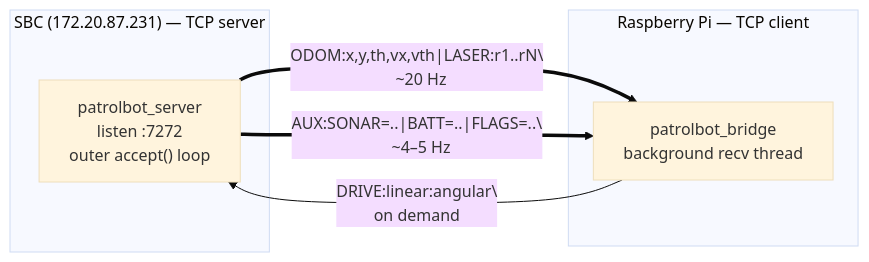
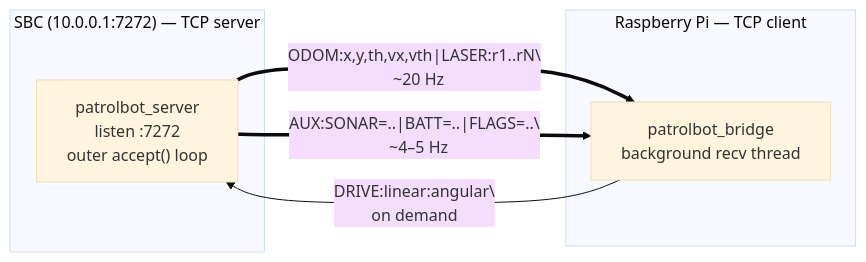
The first of 2 diagrams in docs/architecture/communication-architecture.md (cmu-impactlab/patrolbot), drawn with Mermaid (base theme) before and after one commit. The commit also changed other lines of this file and 103 other files, not shown here.

````diff
--- a/docs/architecture/communication-architecture.md
+++ b/docs/architecture/communication-architecture.md
@@ -15,13 +15,13 @@
 ```mermaid
 flowchart LR
-    subgraph SBC["SBC (172.20.87.231) — TCP server"]
+    subgraph SBC["SBC (10.0.0.1:7272) — TCP server"]
         SRV["patrolbot_server\nlisten :7272\nouter accept() loop"]
     end
     subgraph PI["Raspberry Pi — TCP client"]
         BR["patrolbot_bridge\nbackground recv thread"]
     end
 
     SRV ==>|"ODOM:x,y,th,vx,vth|LASER:r1..rN\\n  ~20 Hz"| BR
     SRV ==>|"AUX:SONAR=..|BATT=..|FLAGS=..\\n  ~4–5 Hz"| BR
     BR  -->|"DRIVE:linear:angular\\n  on demand"| SRV
 ```
````
